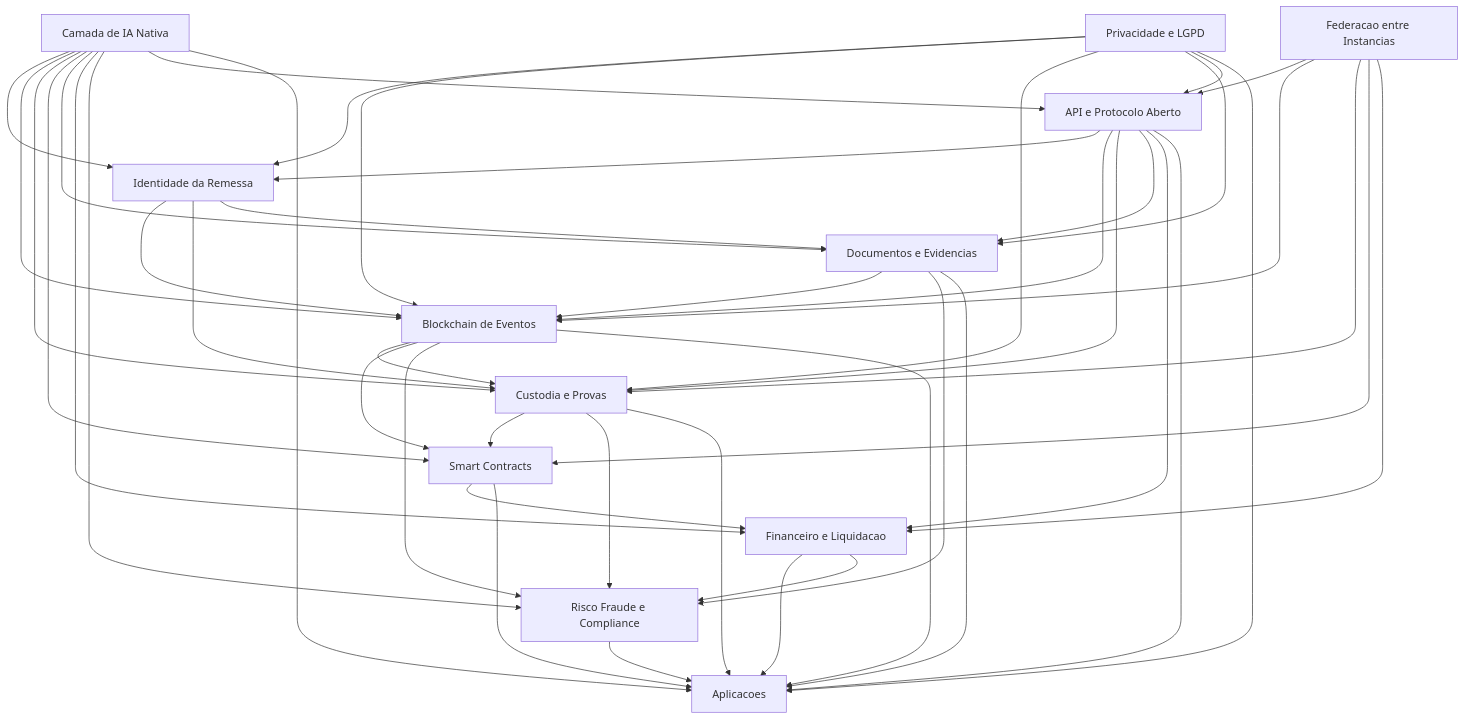
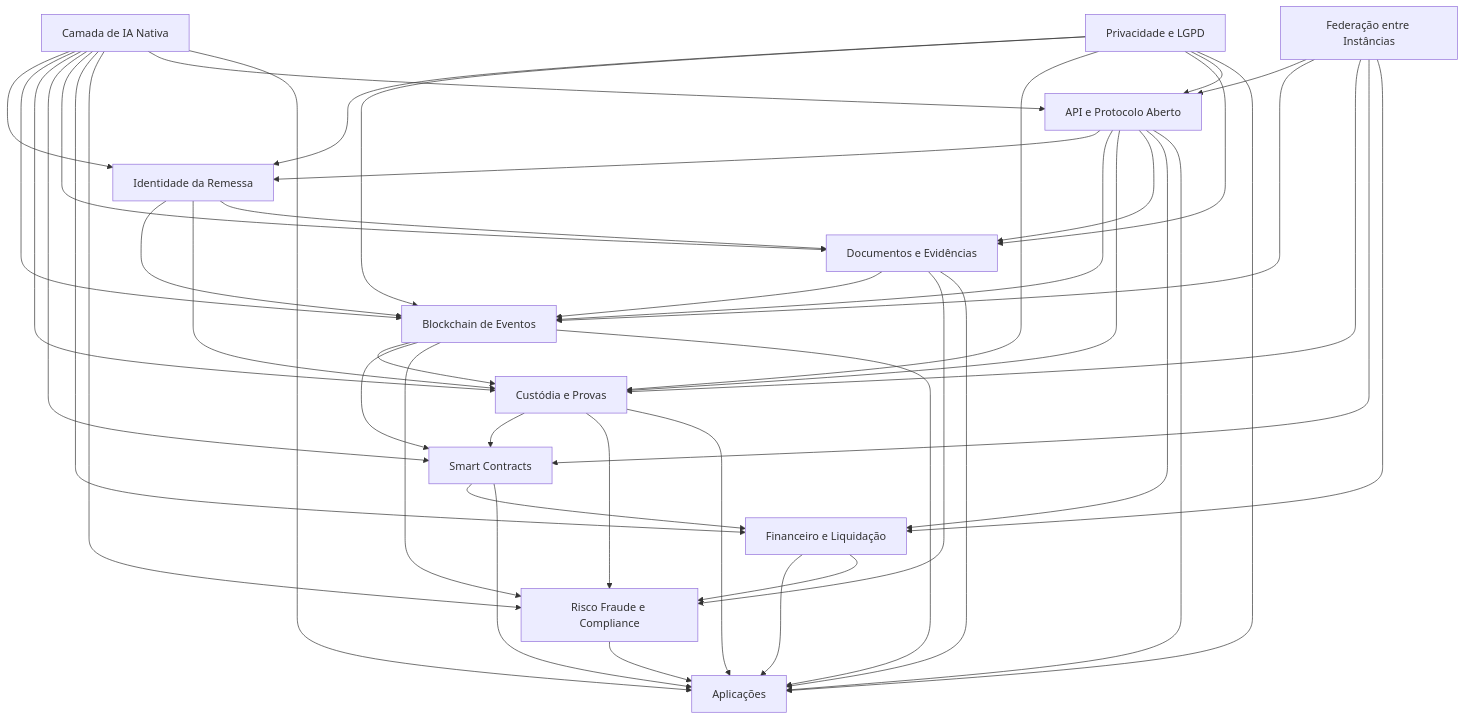
The second of 3 diagrams in OBSIDIAN_BRAIN.md (danielbfs/PostalTrust), drawn with Mermaid before and after one commit. The commit also changed other lines of this file and 5 other files, not shown here.

````diff
--- a/OBSIDIAN_BRAIN.md
+++ b/OBSIDIAN_BRAIN.md
@@ -64,57 +64,57 @@
 ```mermaid
 flowchart TD
     A[Identidade da Remessa] --> B[Blockchain de Eventos]
-    A --> C[Custodia e Provas]
-    A --> E[Documentos e Evidencias]
+    A --> C[Custódia e Provas]
+    A --> E[Documentos e Evidências]
 
     B --> C
     B --> D[Smart Contracts]
     B --> G[Risco Fraude e Compliance]
-    B --> I[Aplicacoes]
+    B --> I[Aplicações]
 
     C --> D
     C --> G
     C --> I
 
     E --> B
     E --> G
     E --> I
 
-    D --> F[Financeiro e Liquidacao]
+    D --> F[Financeiro e Liquidação]
     D --> I
 
     F --> I
     F --> G
 
     G --> I
 
     H[API e Protocolo Aberto] --> A
     H --> B
     H --> C
     H --> E
     H --> F
     H --> I
 
     J[Camada de IA Nativa] --> A
     J --> B
     J --> C
     J --> D
     J --> E
     J --> F
     J --> G
     J --> H
     J --> I
 
     K[Privacidade e LGPD] --> A
     K --> B
     K --> C
     K --> E
     K --> H
     K --> I
 
-    L[Federacao entre Instancias] --> H
+    L[Federação entre Instâncias] --> H
     L --> B
     L --> C
     L --> D
     L --> F
 ```
````
